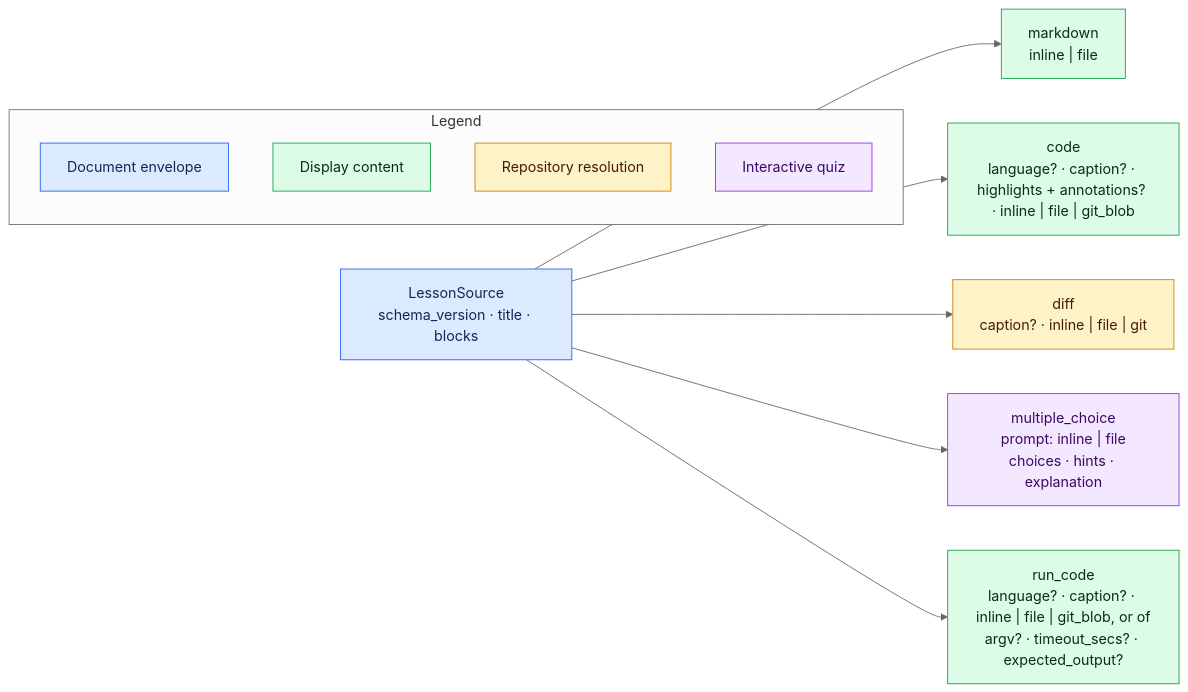
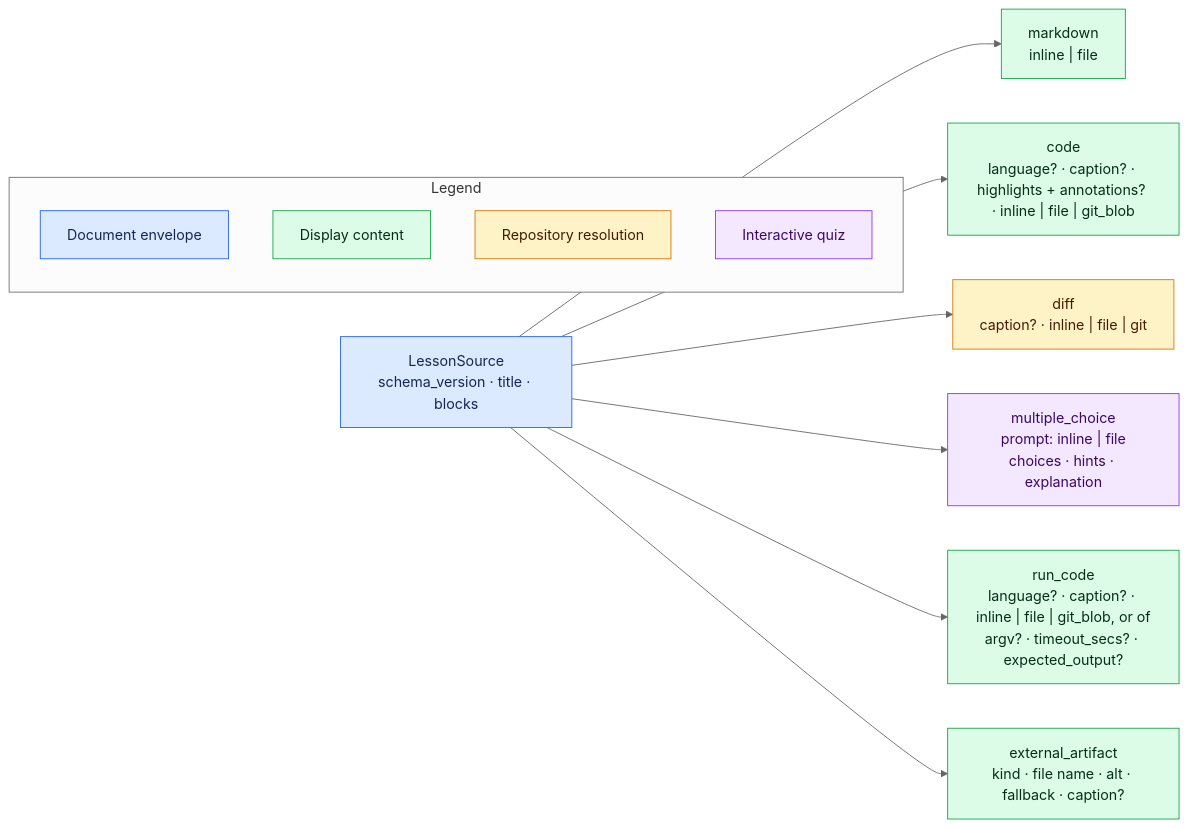
Before and after one commit to negative-nilgiri/teacher: the diagram in docs/AUTHORING.md, drawn with Mermaid (neutral theme). The commit also changed other lines of this file and 29 other files, not shown here.

````diff
--- a/docs/AUTHORING.md
+++ b/docs/AUTHORING.md
@@ -31,21 +31,22 @@
 ```mermaid
 flowchart LR
     L["LessonSource<br/>schema_version · title · blocks"]:::envelope
     L --> M["markdown<br/>inline | file"]:::content
     L --> C["code<br/>language? · caption? · highlights + annotations? · inline | file | git_blob"]:::content
     L --> D["diff<br/>caption? · inline | file | git"]:::repository
     L --> Q["multiple_choice<br/>prompt: inline | file<br/>choices · hints · explanation"]:::quiz
     L --> R["run_code<br/>language? · caption? · inline | file | git_blob, or of<br/>argv? · timeout_secs? · expected_output?"]:::content
+    L --> X["external_artifact<br/>kind · file name · alt · fallback · caption?"]:::content
 
     subgraph Legend
       LE["Document envelope"]:::envelope
       LC["Display content"]:::content
       LR["Repository resolution"]:::repository
       LQ["Interactive quiz"]:::quiz
     end
 
     classDef envelope fill:#dbeafe,stroke:#2563eb,color:#172554
     classDef content fill:#dcfce7,stroke:#16a34a,color:#052e16
     classDef repository fill:#fef3c7,stroke:#d97706,color:#451a03
     classDef quiz fill:#f3e8ff,stroke:#9333ea,color:#3b0764
 ```
````
